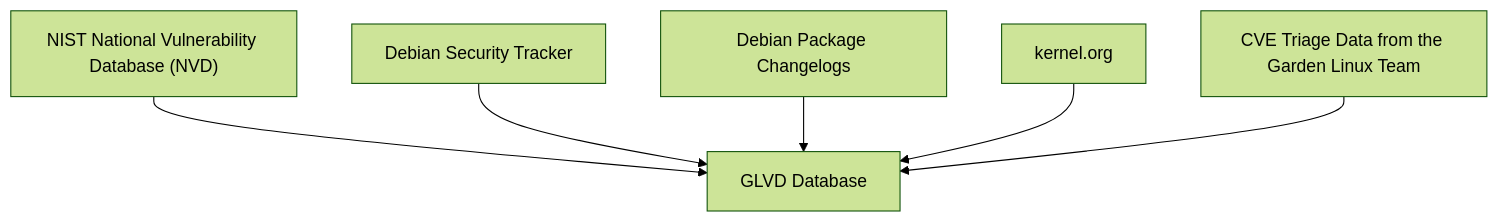
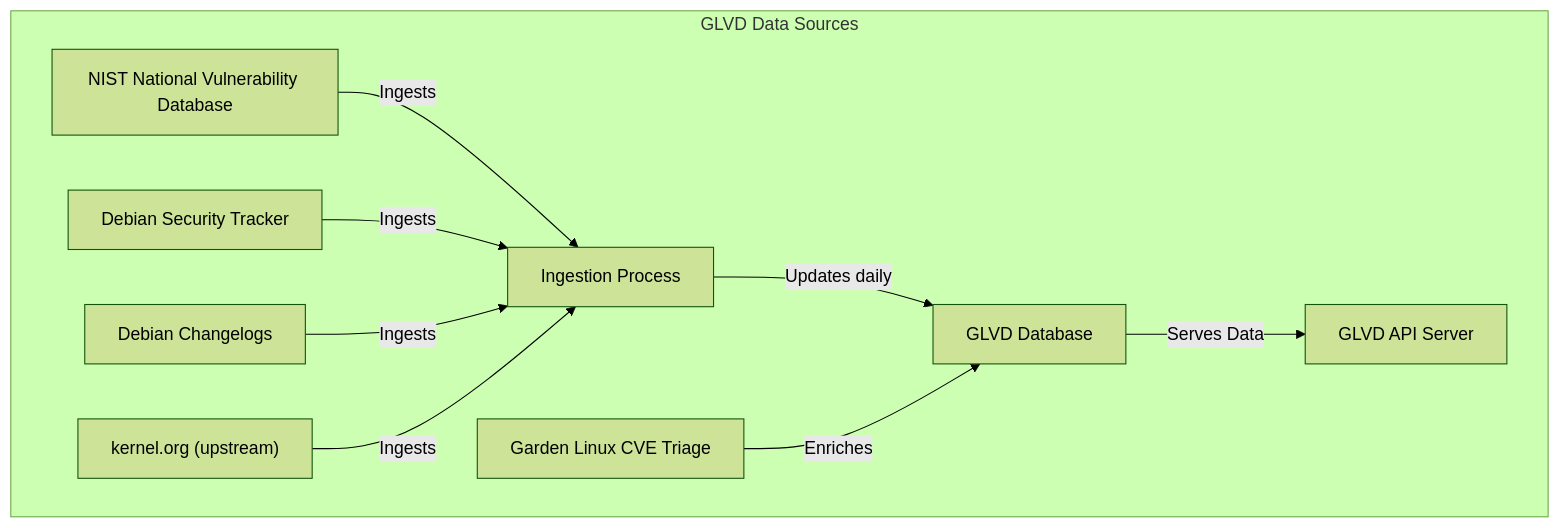
The diagram in docs/user/README.md (gardenlinux/glvd), drawn with Mermaid (forest theme) before and after one commit. The commit also changed other lines of this file, not shown here.

Commit message:
Enhance GLVD documentation with updated data flow diagram and ingestion process details

````diff
--- a/docs/user/README.md
+++ b/docs/user/README.md
@@ -19,14 +21,21 @@
 ```mermaid
 flowchart TD
-    NVD["NIST National Vulnerability Database (NVD)"]
-    DebianSec["Debian Security Tracker"]
-    Changelogs["Debian Package Changelogs"]
-    Kernel["kernel.org"]
-    GLTeam["CVE Triage Data from the Garden Linux Team"]
+    subgraph Cloud["GLVD Data Sources"]
+        NVD["NIST National Vulnerability Database"]
+        DEB["Debian Security Tracker"]
+        CHANGELOGS["Debian Changelogs"]
+        KERNEL["kernel.org (upstream)"]
+        TRIAGE["Garden Linux CVE Triage"]
+        INGESTION["Ingestion Process"]
+        DB["GLVD Database"]
+        SERVER["GLVD API Server"]
+    end
 
-    NVD --> GLVDDB["GLVD Database"]
-    DebianSec --> GLVDDB
-    Changelogs --> GLVDDB
-    Kernel --> GLVDDB
-    GLTeam --> GLVDDB
+    NVD -- Ingests --> INGESTION
+    DEB -- Ingests --> INGESTION
+    CHANGELOGS -- Ingests --> INGESTION
+    KERNEL -- Ingests --> INGESTION
+    INGESTION -- Updates daily --> DB
+    TRIAGE -- Enriches --> DB
+    DB -- Serves Data --> SERVER
 ```
````
